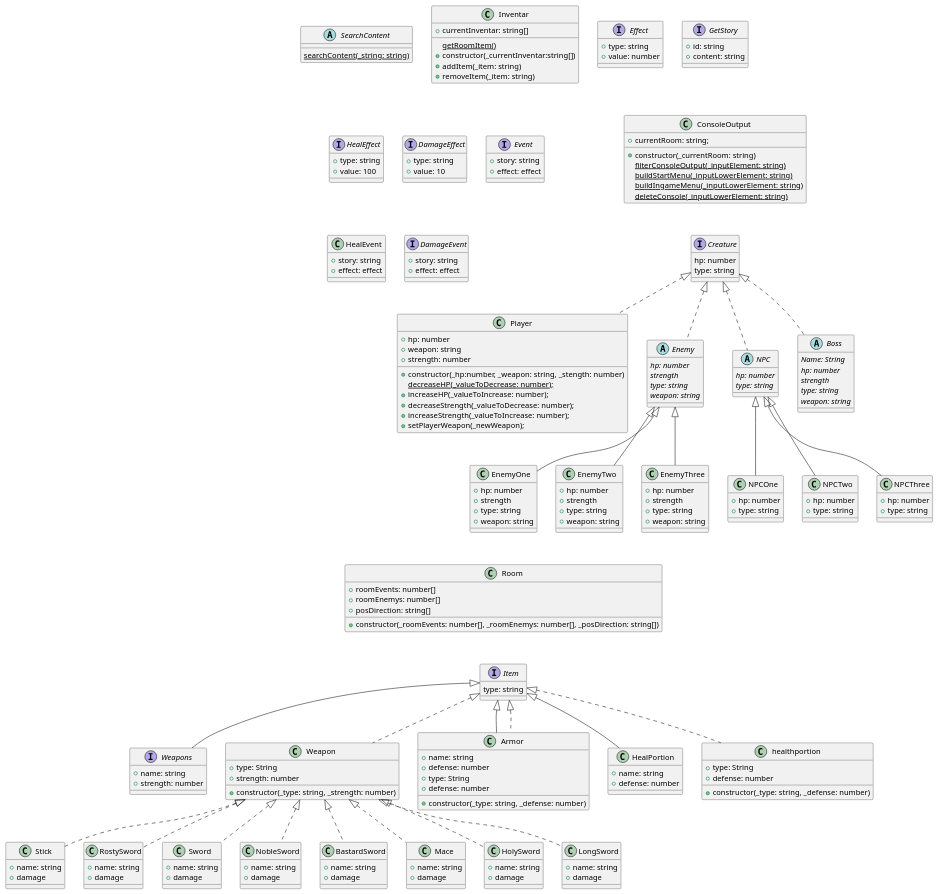
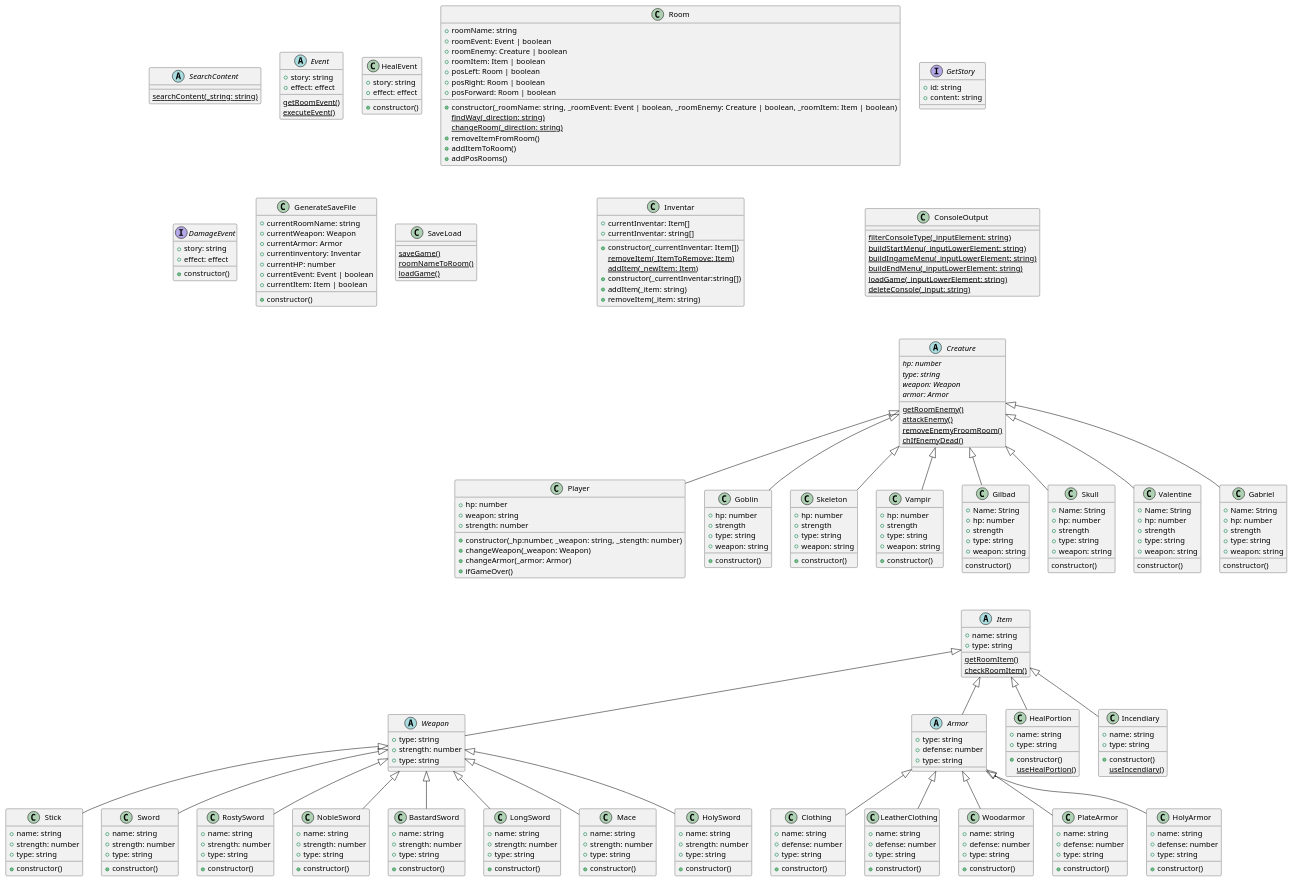
One commit to Z3r0cks/SoftDesignTextadventureKaserer changed the diagram in uml.puml. Above: the diagram before and after it, drawn with PlantUML. The commit also changed 15 other files, not shown here.

```diff
--- a/uml.puml
+++ b/uml.puml
@@ -4,56 +4,11 @@
   {static}searchContent(_string: string)
 }
 
-abstract class Inventar {
-  {static} getRoomItem()
-}
-
-interface Weapons extends Item {
-  + name: string
-  + strength: number
-}
-
-class Stick implements Weapon {
-  + name: string
-  + damage
-}
-class RostySword implements Weapon {
-  + name: string
-  + damage
-}
-class Sword implements Weapon {
-  + name: string
-  + damage
-}
-class NobleSword implements Weapon {
-  + name: string
-  + damage
-}
-class BastardSword implements Weapon {
-  + name: string
-  + damage
-}
-class Mace implements Weapon {
-  + name: string
-  + damage
-}
-class HolySword implements Weapon {
-  + name: string
-  + damage
-}
-class LongSword implements Weapon {
-  + name: string
-  + damage
-}
-
-interface Armor extends Item {
-  + name: string
-  + defense: number
-}
-
-class HealPortion extends Item {
-  + name: string
-  + defense: number
+class Inventar {
+  + currentInventar: Item[]
+  + constructor(_currentInventar: Item[])
+  {static} removeItem(_ItemToRemove: Item)
+  {static} addItem(_newItem: Item)
 }
 
 class Inventar {
@@ -64,49 +19,48 @@
 }
 
 class ConsoleOutput {
-  + currentRoom: string;
-  + constructor(_currentRoom: string)
-  {static} filterConsoleOutput(_inputElement: string)
+  {static} filterConsoleType(_inputElement: string)
   {static} buildStartMenu(_inputLowerElement: string)
   {static} buildIngameMenu(_inputLowerElement: string)
-  {static} deleteConsole(_inputLowerElement: string)
+  {static} buildEndMenu(_inputLowerElement: string)
+  {static} loadGame(_inputLowerElement: string)
+  {static} deleteConsole(_input: string)
 }
 
 class Room {
- + roomEvents: number[]
- + roomEnemys: number[]
- + posDirection: string[]
- + constructor(_roomEvents: number[], _roomEnemys: number[], _posDirection: string[])
+  + roomName: string
+  + roomEvent: Event | boolean
+  + roomEnemy: Creature | boolean
+  + roomItem: Item | boolean
+  + posLeft: Room | boolean
+  + posRight: Room | boolean
+  + posForward: Room | boolean
+  + constructor(_roomName: string, _roomEvent: Event | boolean, _roomEnemy: Creature | boolean, _roomItem: Item | boolean)
+  {static} findWay(_direction: string)
+  {static} changeRoom(_direction: string)
+  + removeItemFromRoom()
+  + addItemToRoom()
+  + addPosRooms()
 }
 
-interface Effect {
-  + type: string
-  + value: number
-}
-
-interface HealEffect {
-  + type: string
-  + value: 100
-}
-
-interface DamageEffect {
-  + type: string
-  + value: 10
-}
-
-interface Event {
+abstract class Event {
   + story: string
   + effect: effect
+
+  {static} getRoomEvent()
+  {static} executeEvent()
 }
 
 class HealEvent {
   + story: string
   + effect: effect
+  + constructor()
 }
 
 interface DamageEvent {
   + story: string
   + effect: effect
+  + constructor()
 }
 
 interface GetStory {
@@ -114,103 +68,222 @@
   + content: string
 }
 
-interface Creature {
-  hp: number
-  type: string
+abstract class Creature {
+  {abstract}hp: number
+  {abstract}type: string
+  {abstract}weapon: Weapon
+  {abstract}armor: Armor
+
+  {static}getRoomEnemy()
+  {static}attackEnemy()
+  {static}removeEnemyFroomRoom()
+  {static}chIfEnemyDead()
 }
 
-class Player implements Creature {
+class Player extends Creature {
   + hp: number
   + weapon: string
   + strength: number
   + constructor(_hp:number, _weapon: string, _stength: number)
-  {static} decreaseHP(_valueToDecrease: number);
-  + increaseHP(_valueToIncrease: number);
-  + decreaseStrength(_valueToDecrease: number);
-  + increaseStrength(_valueToIncrease: number);
-  + setPlayerWeapon(_newWeapon);
+  + changeWeapon(_weapon: Weapon)
+  + changeArmor(_armor: Armor)
+  + ifGameOver()
 }
 
-abstract Enemy implements Creature {
-  {abstract} hp: number
-  {abstract} strength
-  {abstract} type: string
-  {abstract} weapon: string
-}
-
-class EnemyOne extends Enemy {
+class Goblin extends Creature {
   + hp: number
   + strength
   + type: string
   + weapon: string
+  + constructor()
 }
-class EnemyTwo extends Enemy {
+
+class Skeleton extends Creature {
   + hp: number
   + strength
   + type: string
   + weapon: string
+  + constructor()
 }
 
-class EnemyThree extends Enemy {
+ class Vampir extends Creature {
   + hp: number
   + strength
   + type: string
   + weapon: string
+  + constructor()
 }
 
-abstract NPC implements Creature {
-  {abstract} hp: number
-  {abstract} type: string
+class Gilbad extends Creature {
+  + Name: String
+  + hp: number
+  + strength
+  + type: string
+  + weapon: string
+  constructor()
+}
+class Skull extends Creature {
+  + Name: String
+  + hp: number
+  + strength
+  + type: string
+  + weapon: string
+  constructor()
+}
+class Valentine extends Creature {
+  + Name: String
+  + hp: number
+  + strength
+  + type: string
+  + weapon: string
+  constructor()
+}
+class Gabriel extends Creature {
+  + Name: String
+  + hp: number
+  + strength
+  + type: string
+  + weapon: string
+  constructor()
 }
 
-class NPCOne extends NPC {
-  + hp: number
+abstract class Item {
+  + name: string
+  + type: string
+
+  {static} getRoomItem()
+  {static} checkRoomItem()
+}
+
+abstract class Weapon extends Item {
+  + type: string
+  + strength: number
   + type: string
 }
 
-class NPCTwo extends NPC {
-  + hp: number
+class Stick extends Weapon {
+  + name: string
+  + strength: number
+  + type: string
+  + constructor()
+}
+class Sword extends Weapon {
+  + name: string
+  + strength: number
+  + type: string
+  + constructor()
+}
+class RostySword extends Weapon {
+  + name: string
+  + strength: number
+  + type: string
+  + constructor()
+}
+class NobleSword extends Weapon {
+  + name: string
+  + strength: number
+  + type: string
+  + constructor()
+}
+class BastardSword extends Weapon {
+  + name: string
+  + strength: number
+  + type: string
+  + constructor()
+}
+class LongSword extends Weapon {
+  + name: string
+  + strength: number
+  + type: string
+  + constructor()
+}
+class Mace extends Weapon {
+  + name: string
+  + strength: number
+  + type: string
+  + constructor()
+}
+class HolySword extends Weapon {
+  + name: string
+  + strength: number
+  + type: string
+  + constructor()
+}
+
+abstract class Armor extends Item {
+  + type: string
+  + defense: number
   + type: string
 }
 
-class NPCThree extends NPC {
-  + hp: number
+class Clothing extends Armor {
+  + name: string
+  + defense: number
   + type: string
+  + constructor()
 }
 
-abstract Boss implements Creature {
-  {abstract} Name: String
-  {abstract} hp: number
-  {abstract} strength
-  {abstract} type: string
-  {abstract} weapon: string
+class LeatherClothing extends Armor {
+  + name: string
+  + defense: number
+  + type: string
+  + constructor()
 }
 
-interface Item {
-  type: string
+class Woodarmor extends Armor {
+  + name: string
+  + defense: number
+  + type: string
+  + constructor()
 }
 
-class Weapon implements Item {
-  + type: String
-  + strength: number
-  + constructor(_type: string, _strength: number)
+class PlateArmor extends Armor {
+  + name: string
+  + defense: number
+  + type: string
+  + constructor()
 }
 
-class Armor implements Item {
-  + type: String
+class HolyArmor extends Armor {
+  + name: string
   + defense: number
-  + constructor(_type: string, _defense: number)
+  + type: string
+  + constructor()
 }
 
-class healthportion implements Item {
-  + type: String
-  + defense: number
-  + constructor(_type: string, _defense: number)
+class HealPortion extends Item {
+  + name: string
+  + type: string
+  + constructor()
+  {static} useHealPortion()
 }
+class Incendiary extends Item {
+  + name: string
+  + type: string
+  + constructor()
+  {static} useIncendiary()
+}
+
+class GenerateSaveFile {
+  + currentRoomName: string
+  + currentWeapon: Weapon
+  + currentArmor: Armor
+  + currentinventory: Inventar
+  + currentHP: number
+  + currentEvent: Event | boolean
+  + currentItem: Item | boolean
+
+  + constructor()
+}
+
+class SaveLoad {
+  {static} saveGame()
+  {static} roomNameToRoom()
+  {static} loadGame()
+}
+
   GetStory -[hidden]->  ConsoleOutput
   ConsoleOutput -[hidden]-> Creature
-  EnemyOne -[hidden]-> Room
-  Room -[hidden]-> Item
-
-
+  Room -[hidden]-> Inventar
+  Gilbad -[hidden]-> Item
 @enduml
```
